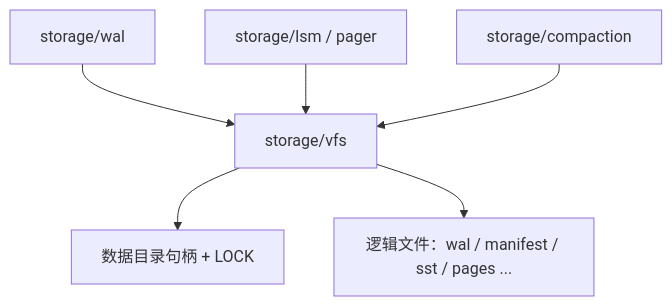
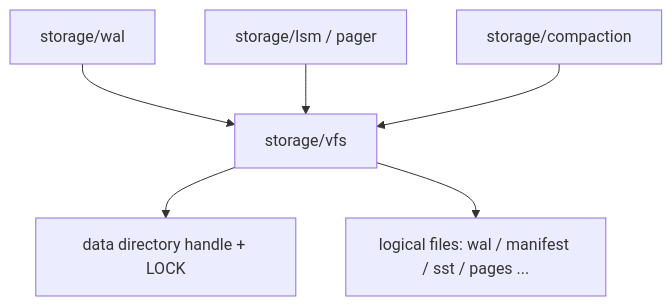
The first of 2 diagrams in docs/architecture/vfs.md (viloris-org/Pico), drawn with Mermaid before and after one commit. The commit also changed other lines of this file and 30 other files, not shown here.

````diff
--- a/docs/architecture/vfs.md
+++ b/docs/architecture/vfs.md
@@ -35,8 +39,8 @@
 ```mermaid
 flowchart TB
   wal["storage/wal"] --> vfs["storage/vfs"]
   lsm["storage/lsm / pager"] --> vfs
   compaction["storage/compaction"] --> vfs
-  vfs --> dir["数据目录句柄 + LOCK"]
-  vfs --> files["逻辑文件：wal / manifest / sst / pages ..."]
+  vfs --> dir["data directory handle + LOCK"]
+  vfs --> files["logical files: wal / manifest / sst / pages ..."]
 ```
````
